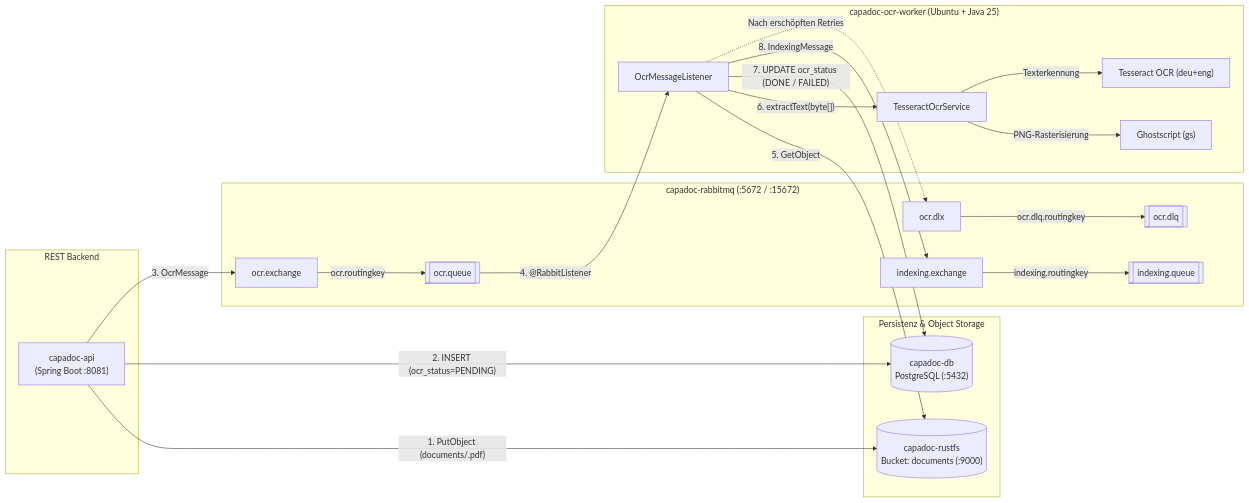
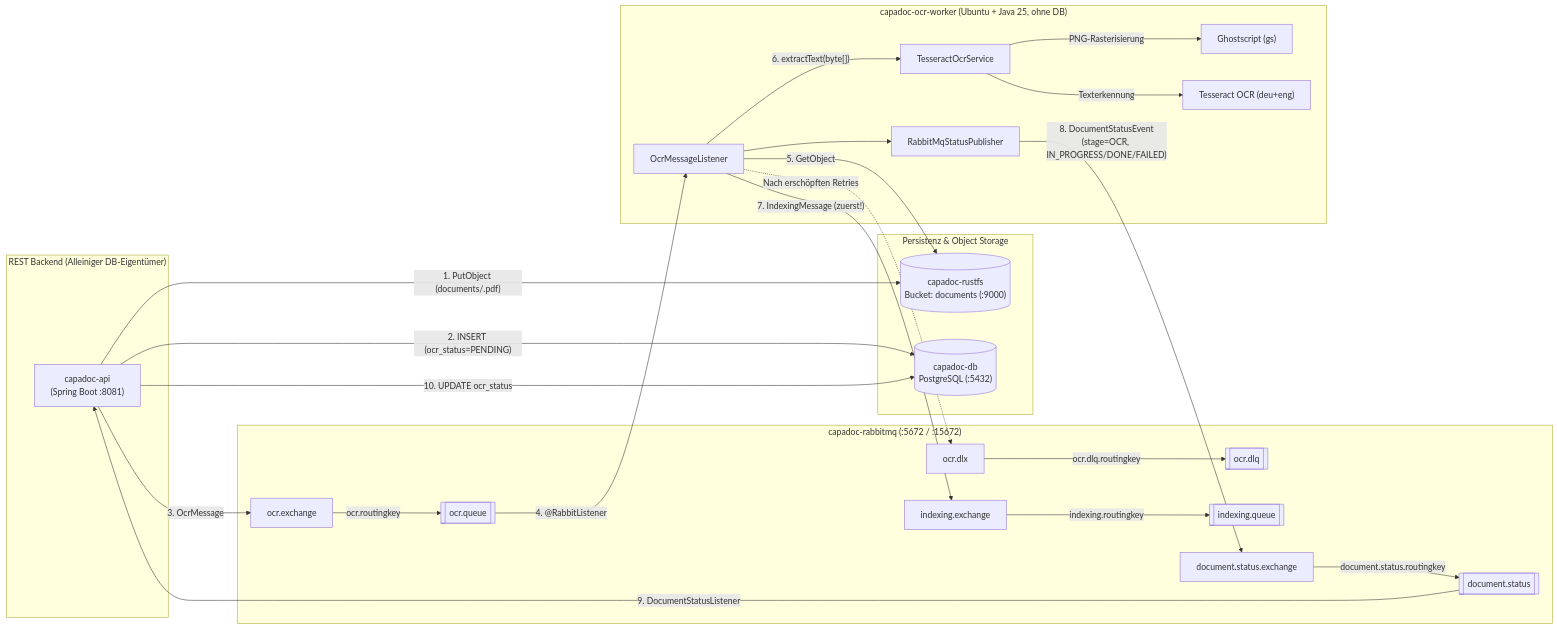
Before and after one commit to Pascal07/SWEN3_Capa_Doc: the first of 4 diagrams in docs/OCR_WORKER.md, drawn with Mermaid. The commit also changed other lines of this file and 49 other files, not shown here.

Commit message:
feat: implement document status updates with RabbitMQ integration and new processing stages

````diff
--- a/docs/OCR_WORKER.md
+++ b/docs/OCR_WORKER.md
@@ -46,42 +46,49 @@
 ```mermaid
 flowchart LR
-    subgraph API_Layer["REST Backend"]
+    subgraph API_Layer["REST Backend (Alleiniger DB-Eigentümer)"]
         API["capadoc-api\n(Spring Boot :8081)"]
     end
 
     subgraph Storage_Layer["Persistenz & Object Storage"]
         RustFS[("capadoc-rustfs\nBucket: documents (:9000)")]
         DB[("capadoc-db\nPostgreSQL (:5432)")]
     end
 
     subgraph Broker["capadoc-rabbitmq (:5672 / :15672)"]
         OcrEx["ocr.exchange"]
         OcrQ[["ocr.queue"]]
         DlxEx["ocr.dlx"]
         DlqQ[["ocr.dlq"]]
         IdxEx["indexing.exchange"]
         IdxQ[["indexing.queue"]]
+        StatusEx["document.status.exchange"]
+        StatusQ[["document.status"]]
     end
 
-    subgraph Worker_Container["capadoc-ocr-worker (Ubuntu + Java 25)"]
+    subgraph Worker_Container["capadoc-ocr-worker (Ubuntu + Java 25, ohne DB)"]
         Listener["OcrMessageListener"]
         OcrSvc["TesseractOcrService"]
         GS["Ghostscript (gs)"]
         Tess["Tesseract OCR (deu+eng)"]
+        StatusPub["RabbitMqStatusPublisher"]
     end
 
     API -->|"1. PutObject (documents/<id>.pdf)"| RustFS
     API -->|"2. INSERT (ocr_status=PENDING)"| DB
     API -->|"3. OcrMessage"| OcrEx
     OcrEx -->|"ocr.routingkey"| OcrQ
     OcrQ -->|"4. @RabbitListener"| Listener
     Listener -->|"5. GetObject"| RustFS
     Listener -->|"6. extractText(byte[])"| OcrSvc
     OcrSvc -->|"PNG-Rasterisierung"| GS
     OcrSvc -->|"Texterkennung"| Tess
-    Listener -->|"7. UPDATE ocr_status (DONE / FAILED)"| DB
-    Listener -->|"8. IndexingMessage"| IdxEx
+    Listener -->|"7. IndexingMessage (zuerst!)"| IdxEx
     IdxEx -->|"indexing.routingkey"| IdxQ
+    Listener --> StatusPub
+    StatusPub -->|"8. DocumentStatusEvent\n(stage=OCR, IN_PROGRESS/DONE/FAILED)"| StatusEx
+    StatusEx -->|"document.status.routingkey"| StatusQ
+    StatusQ -->|"9. DocumentStatusListener"| API
+    API -->|"10. UPDATE ocr_status"| DB
     Listener -.->|"Nach erschöpften Retries"| DlxEx
     DlxEx -->|"ocr.dlq.routingkey"| DlqQ
 ```
````
